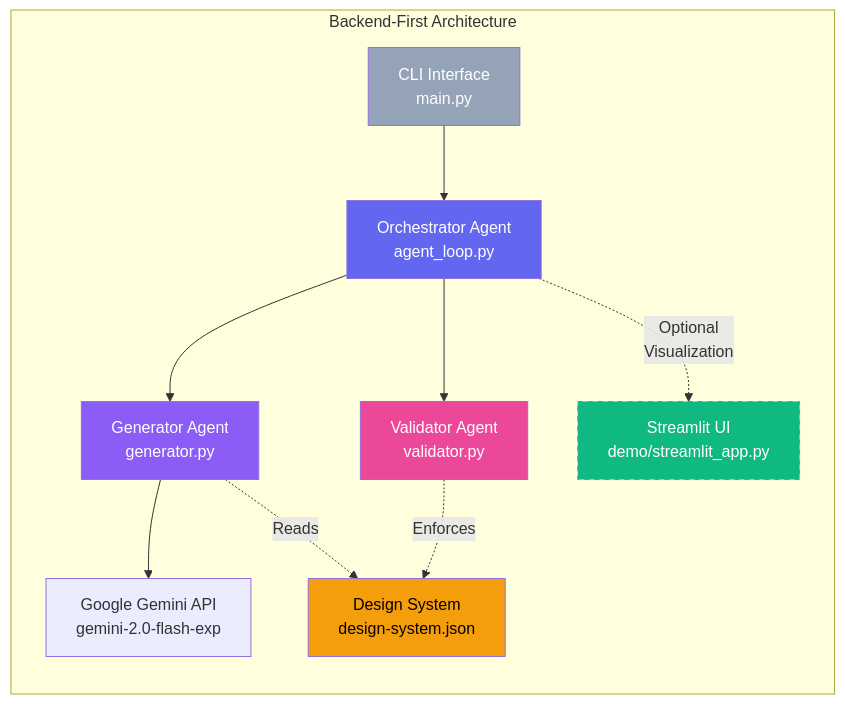
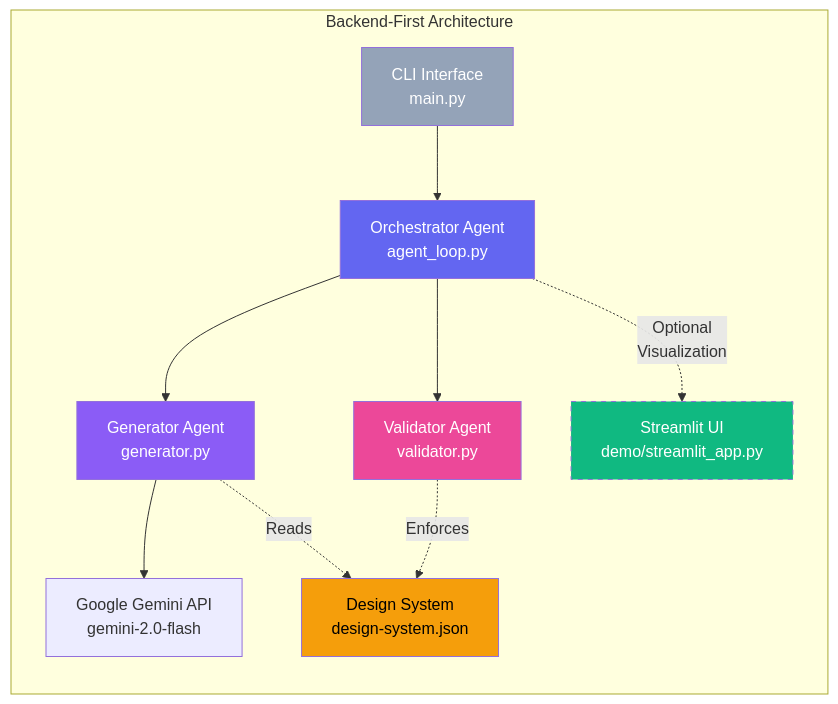
One commit to saikiranpulagalla/governed-angular-ui-generator changed the third of 4 diagrams in README.md. Above: the diagram before and after it, drawn with Mermaid. The commit also changed other lines of this file, not shown here.

````diff
--- a/README.md
+++ b/README.md
@@ -103,23 +110,23 @@
 ```mermaid
 graph LR
     subgraph "Backend-First Architecture"
         A[CLI Interface<br/>main.py] --> B[Orchestrator Agent<br/>agent_loop.py]
         
         B --> C[Generator Agent<br/>generator.py]
         B --> D[Validator Agent<br/>validator.py]
         
-        C --> E[Google Gemini API<br/>gemini-2.0-flash-exp]
+        C --> E[Google Gemini API<br/>gemini-2.0-flash]
         
         C -.->|Reads| F[Design System<br/>design-system.json]
         D -.->|Enforces| F
         
         B -.->|Optional<br/>Visualization| G[Streamlit UI<br/>demo/streamlit_app.py]
     end
     
     style A fill:#94a3b8,color:#fff
     style B fill:#6366f1,color:#fff
     style C fill:#8b5cf6,color:#fff
     style D fill:#ec4899,color:#fff
     style F fill:#f59e0b,color:#000
     style G fill:#10b981,color:#fff,stroke-dasharray: 5 5
 ```
````
